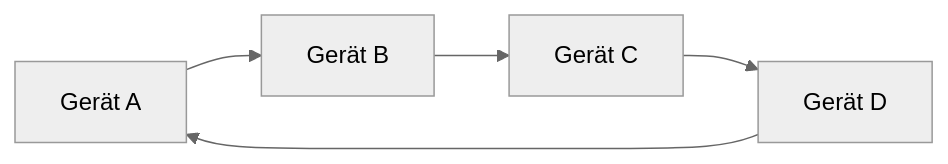
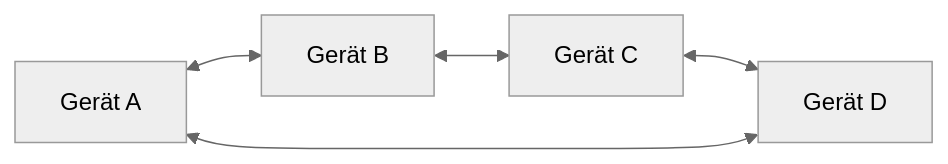
Before and after one commit to JacobMenge/kurs-unterlagen: the second of 8 diagrams in docs/netzwerke/grundbegriffe.md, drawn with Mermaid (neutral theme). The commit also changed other lines of this file and 76 other files, not shown here.

````diff
--- a/docs/netzwerke/grundbegriffe.md
+++ b/docs/netzwerke/grundbegriffe.md
@@ -65,7 +65,7 @@
 ```mermaid
 flowchart LR
-  A["Gerät A"] --> B["Gerät B"]
-  B --> C["Gerät C"]
-  C --> D["Gerät D"]
-  D --> A
+  A["Gerät A"] <--> B["Gerät B"]
+  B <--> C["Gerät C"]
+  C <--> D["Gerät D"]
+  D <--> A
 ```
````
